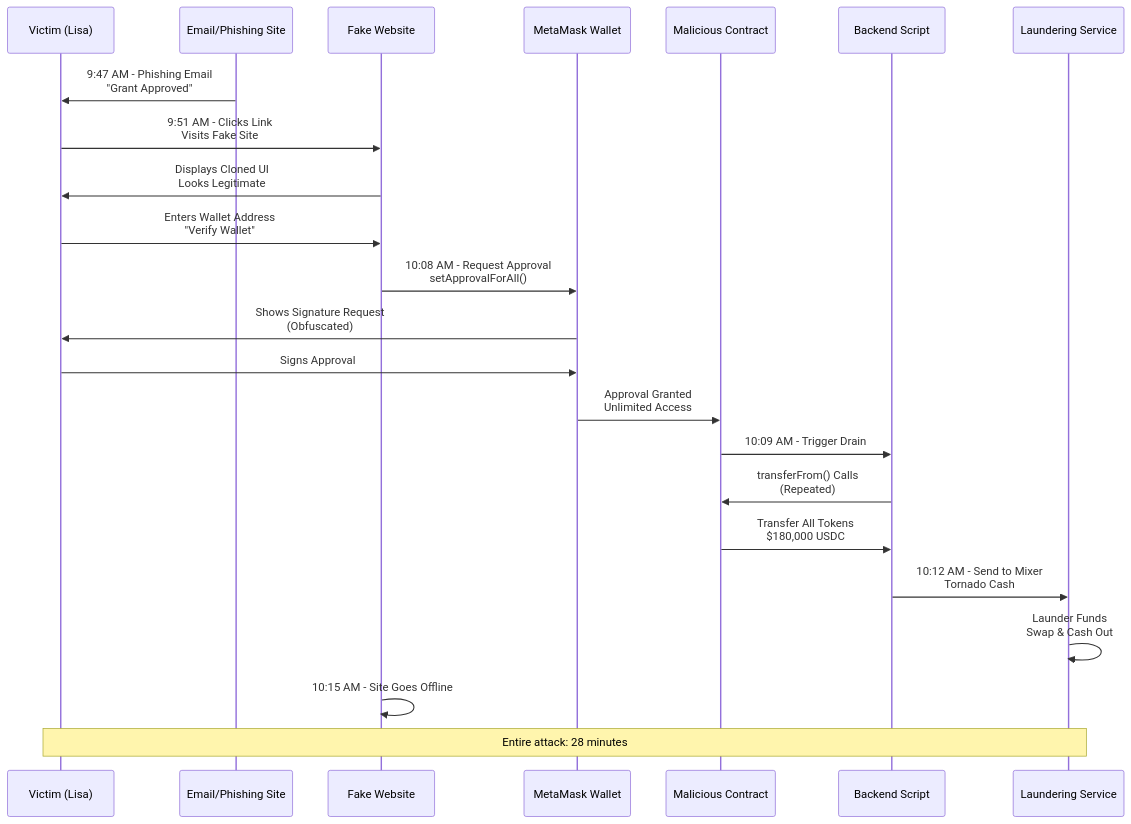
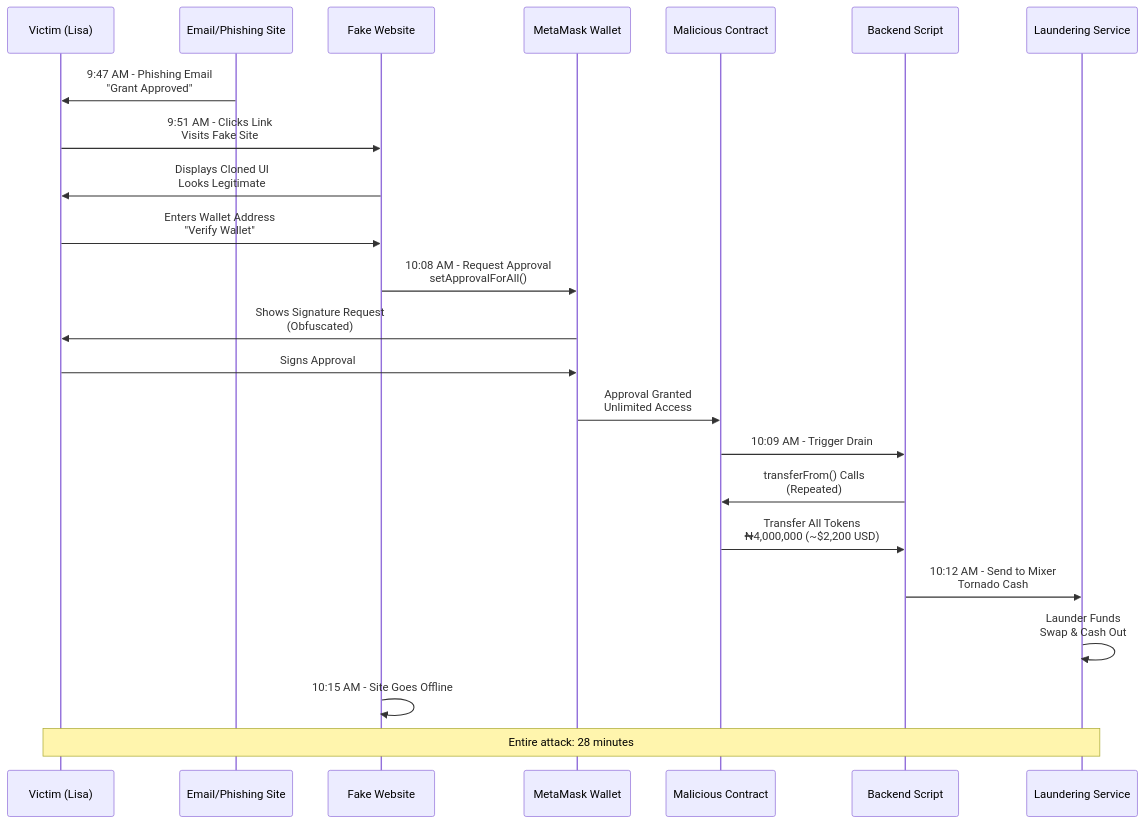
One commit to digitaldrreamer/haveibeendrained changed the diagram in docs/safety-education/articles/grant-phishing-lisa.mdx. Above: the diagram before and after it, drawn with Mermaid. The commit also changed 11 other files, not shown here.

````diff
--- a/docs/safety-education/articles/grant-phishing-lisa.mdx
+++ b/docs/safety-education/articles/grant-phishing-lisa.mdx
@@ -254,27 +254,27 @@
 ```mermaid
 sequenceDiagram
     participant V as Victim (Lisa)
     participant E as Email/Phishing Site
     participant W as Fake Website
     participant M as MetaMask Wallet
     participant C as Malicious Contract
     participant B as Backend Script
     participant L as Laundering Service
     
     E->>V: 9:47 AM - Phishing Email<br/>"Grant Approved"
     V->>W: 9:51 AM - Clicks Link<br/>Visits Fake Site
     W->>V: Displays Cloned UI<br/>Looks Legitimate
     V->>W: Enters Wallet Address<br/>"Verify Wallet"
     W->>M: 10:08 AM - Request Approval<br/>setApprovalForAll()
     M->>V: Shows Signature Request<br/>(Obfuscated)
     V->>M: Signs Approval
     M->>C: Approval Granted<br/>Unlimited Access
     C->>B: 10:09 AM - Trigger Drain
     B->>C: transferFrom() Calls<br/>(Repeated)
-    C->>B: Transfer All Tokens<br/>$180,000 USDC
+    C->>B: Transfer All Tokens<br/>₦4,000,000 (~$2,200 USD)
     B->>L: 10:12 AM - Send to Mixer<br/>Tornado Cash
     L->>L: Launder Funds<br/>Swap & Cash Out
     W->>W: 10:15 AM - Site Goes Offline
     
     Note over V,L: Entire attack: 28 minutes
 ```
````
